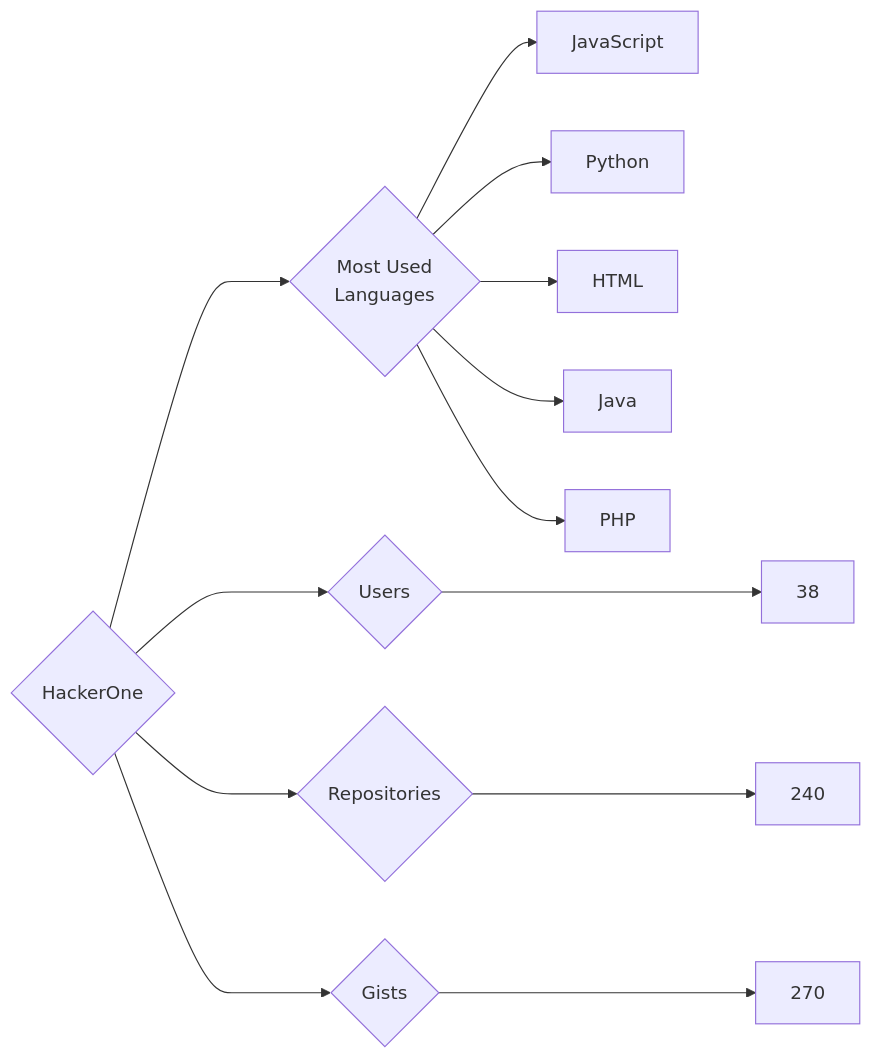
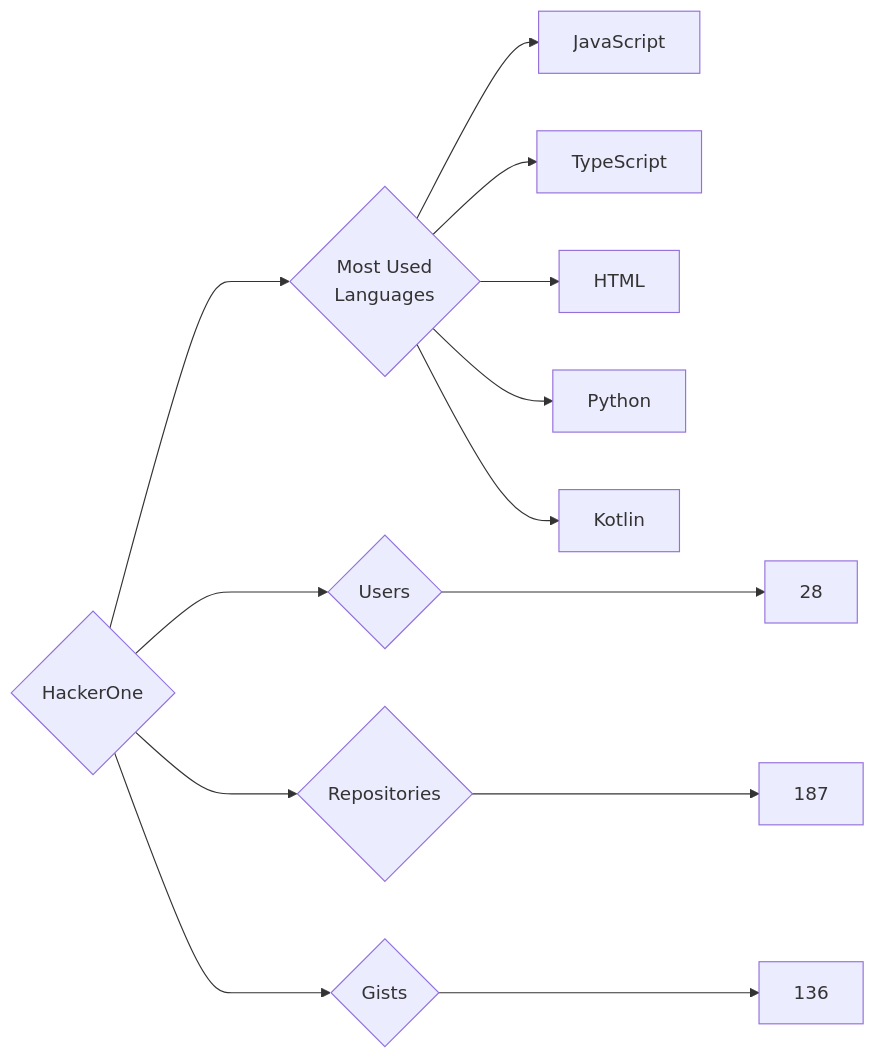
One commit to trickest/insiders changed the diagram in targets/HackerOne/README.md. Above: the diagram before and after it, drawn with Mermaid. The commit also changed 837 other files, not shown here.

````diff
--- a/targets/HackerOne/README.md
+++ b/targets/HackerOne/README.md
@@ -3,13 +3,13 @@
 ```mermaid
 graph LR
 COMPANY_NAME{HackerOne}
-COMPANY_NAME ---> U{Users} ---> UN[38]
-COMPANY_NAME ---> R{Repositories} ---> RN[240]
-COMPANY_NAME ---> G{Gists} ---> GN[270]
+COMPANY_NAME ---> U{Users} ---> UN[28]
+COMPANY_NAME ---> R{Repositories} ---> RN[187]
+COMPANY_NAME ---> G{Gists} ---> GN[136]
 COMPANY_NAME ---> ML{Most Used<br>Languages}
 ML --> JavaScript[JavaScript]
+ML --> TypeScript[TypeScript]
+ML --> HTML[HTML]
 ML --> Python[Python]
-ML --> HTML[HTML]
-ML --> Java[Java]
-ML --> PHP[PHP]
+ML --> Kotlin[Kotlin]
 ```
````
